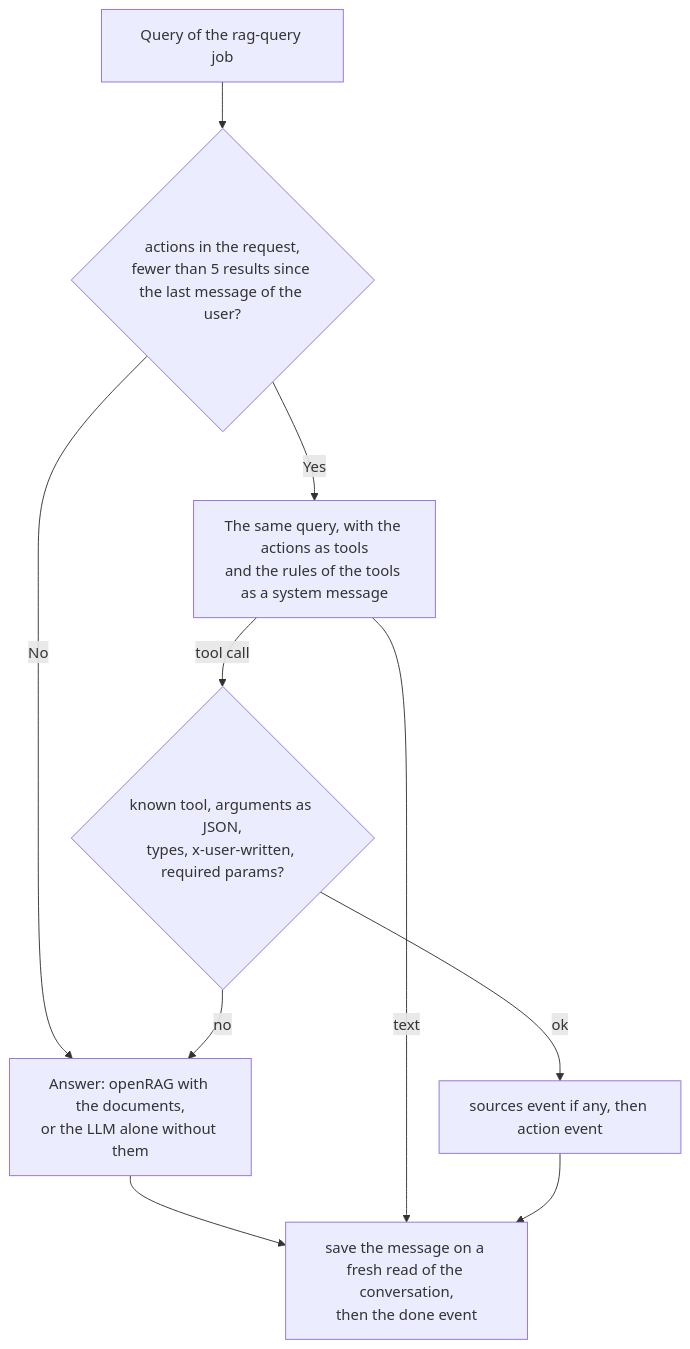
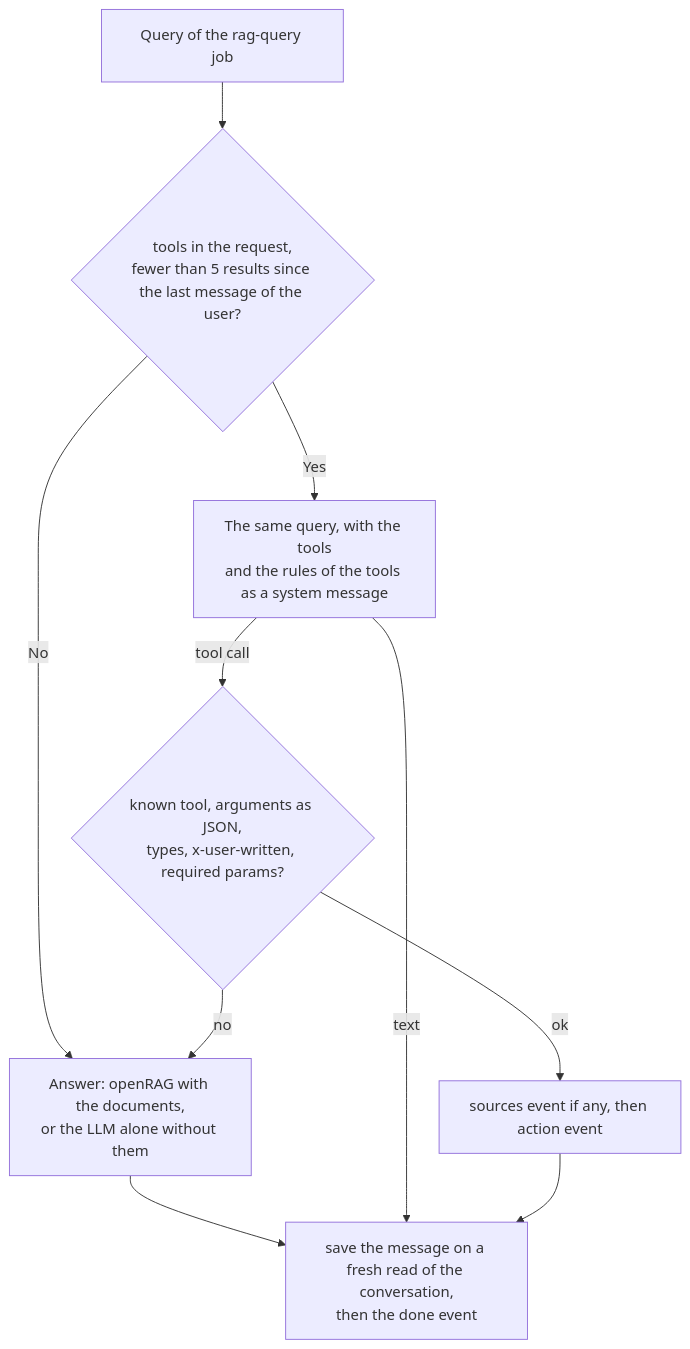
Before and after one commit to linagora/cozy-stack: the diagram in docs/ai.md, drawn with Mermaid. The commit also changed other lines of this file and 7 other files, not shown here.

First line of the commit message:
feat(rag): Name the tools and the tool call id as the OpenAI API does

````diff
--- a/docs/ai.md
+++ b/docs/ai.md
@@ -663,13 +664,13 @@
 ```mermaid
 flowchart TD
-    Q[Query of the rag-query job] --> HAS{actions in the request,<br>fewer than 5 results since the last message of the user?}
+    Q[Query of the rag-query job] --> HAS{tools in the request,<br>fewer than 5 results since the last message of the user?}
     HAS -- No --> ANS[Answer: openRAG with the documents,<br>or the LLM alone without them]
     ANS --> SAVE
-    HAS -- Yes --> TOOLS[The same query, with the actions as tools<br>and the rules of the tools as a system message]
+    HAS -- Yes --> TOOLS[The same query, with the tools<br>and the rules of the tools as a system message]
     TOOLS -- text --> SAVE
     TOOLS -- tool call --> CHECK{known tool, arguments as JSON,<br>types, x-user-written, required params?}
     CHECK -- ok --> ACT[sources event if any, then action event]
     CHECK -- no --> ANS
     ACT --> SAVE
     SAVE[save the message on a fresh read of the conversation,<br>then the done event]
 ```
````
